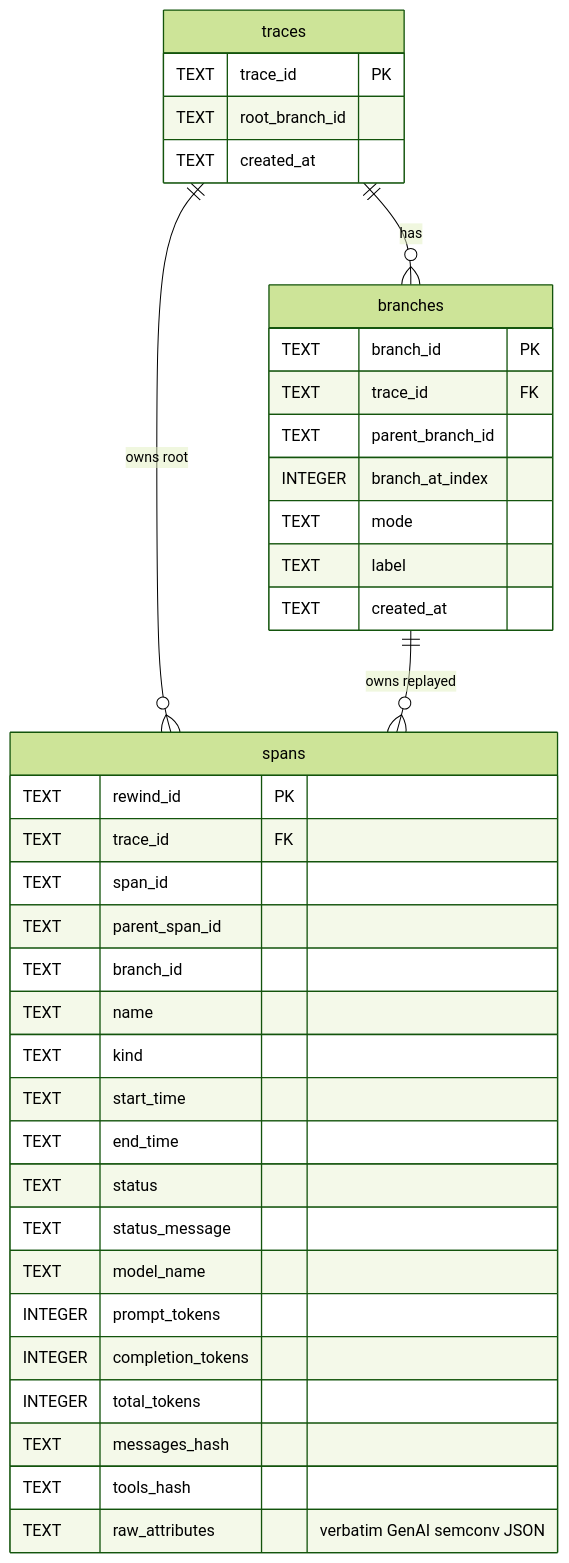
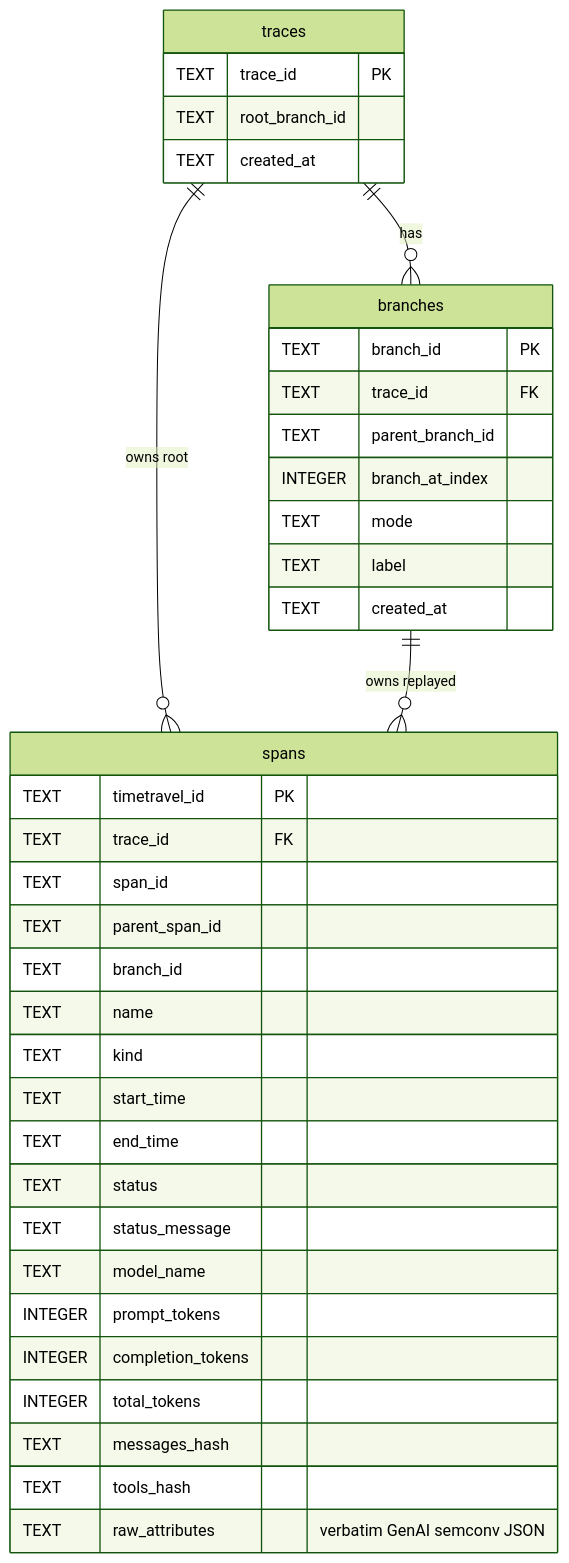
The diagram in docs/diagrams/phase0-er-schema.mmd (akshay-mp/Rewind), drawn with Mermaid (forest theme) before and after one commit. The commit also changed 244 other files, not shown here.

```diff
--- a/docs/diagrams/phase0-er-schema.mmd
+++ b/docs/diagrams/phase0-er-schema.mmd
@@ -1,39 +1,39 @@
 erDiagram
     traces ||--o{ branches : "has"
     traces ||--o{ spans : "owns root"
     branches ||--o{ spans : "owns replayed"
 
     traces {
         TEXT trace_id PK
         TEXT root_branch_id
         TEXT created_at
     }
     branches {
         TEXT branch_id PK
         TEXT trace_id FK
         TEXT parent_branch_id
         INTEGER branch_at_index
         TEXT mode
         TEXT label
         TEXT created_at
     }
     spans {
-        TEXT rewind_id PK
+        TEXT timetravel_id PK
         TEXT trace_id FK
         TEXT span_id
         TEXT parent_span_id
         TEXT branch_id
         TEXT name
         TEXT kind
         TEXT start_time
         TEXT end_time
         TEXT status
         TEXT status_message
         TEXT model_name
         INTEGER prompt_tokens
         INTEGER completion_tokens
         INTEGER total_tokens
         TEXT messages_hash
         TEXT tools_hash
         TEXT raw_attributes "verbatim GenAI semconv JSON"
     }
```
